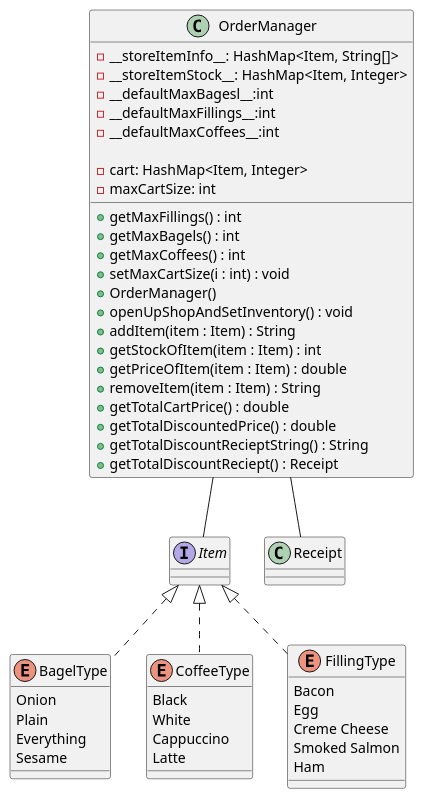
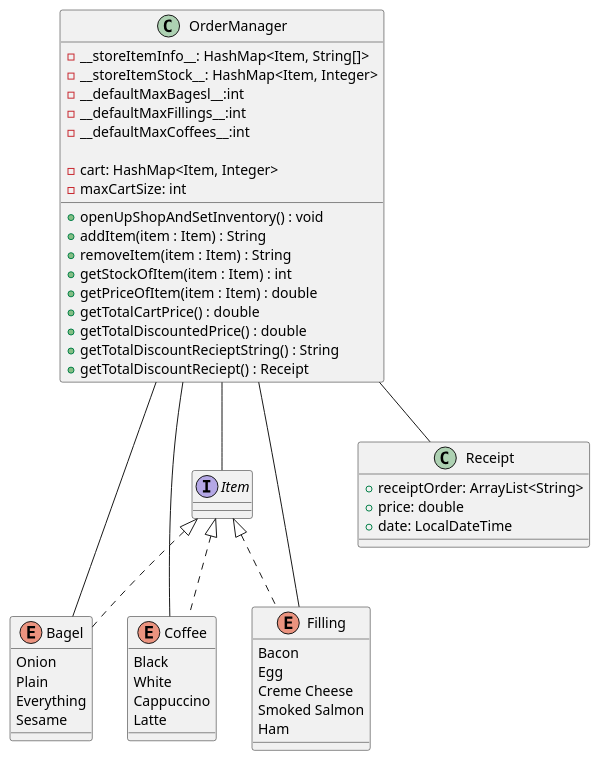
The diagram in ClassDiagram.puml (boolean-uk/java-tdd-oop-bobs-bagels), drawn with PlantUML before and after one commit.

Commit message:
more represents the diagrams

```diff
--- a/ClassDiagram.puml
+++ b/ClassDiagram.puml
@@ -1,59 +1,63 @@
 @startuml
 
 
 interface Item{}
 
-enum BagelType implements Item{
+enum Bagel implements Item{
     Onion
     Plain
     Everything
     Sesame
 }
 
-enum CoffeeType implements Item {
+enum Coffee implements Item {
     Black
     White
     Cappuccino
     Latte
 }
 
-enum FillingType implements Item {
+enum Filling implements Item {
     Bacon
     Egg
     Creme Cheese
     Smoked Salmon
     Ham
 }
 
 class OrderManager {
+   'i've taken __name__ to mean static
    -__storeItemInfo__: HashMap<Item, String[]>
    -__storeItemStock__: HashMap<Item, Integer>
    -__defaultMaxBagesl__:int
    -__defaultMaxFillings__:int
    -__defaultMaxCoffees__:int
 
    - cart: HashMap<Item, Integer>
    - maxCartSize: int
 
-   + getMaxFillings() : int
-   + getMaxBagels() : int
-   + getMaxCoffees() : int
-   + setMaxCartSize(i : int) : void
-   + OrderManager()
    + openUpShopAndSetInventory() : void
    + addItem(item : Item) : String
+   + removeItem(item : Item) : String
    + getStockOfItem(item : Item) : int
    + getPriceOfItem(item : Item) : double
-   + removeItem(item : Item) : String
    + getTotalCartPrice() : double
    + getTotalDiscountedPrice() : double
    + getTotalDiscountRecieptString() : String
    + getTotalDiscountReciept() : Receipt
 
 
 }
 
+class Receipt{
+    + receiptOrder: ArrayList<String>
+    + price: double
+    + date: LocalDateTime
+}
+
 OrderManager -- Item
-
 OrderManager -- Receipt
+OrderManager -- Coffee
+OrderManager -- Bagel
+OrderManager -- Filling
 @enduml
```
